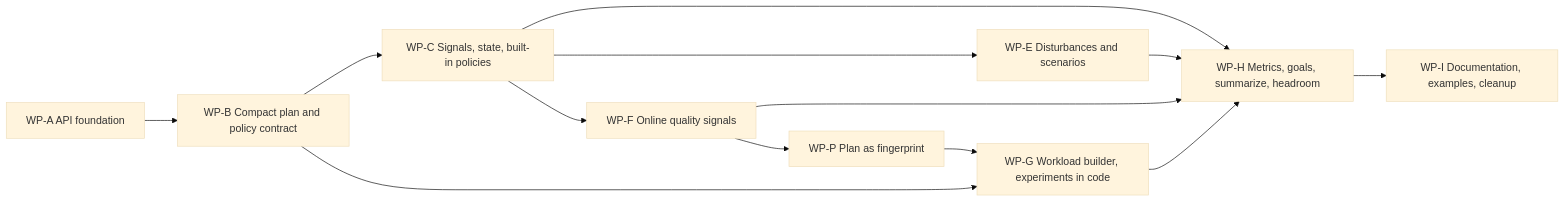
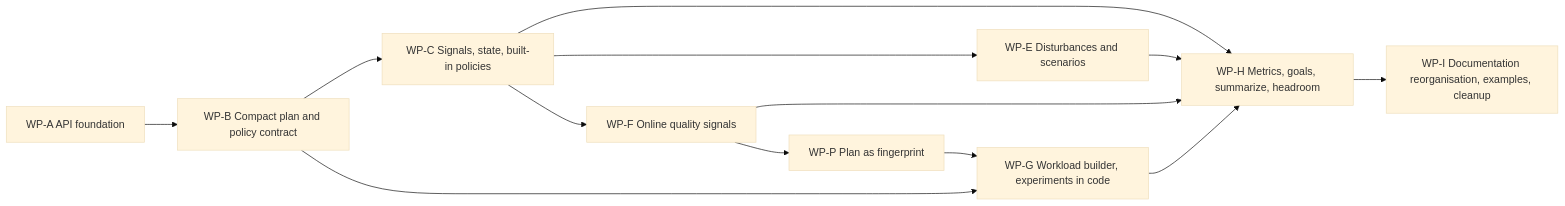
The sixth of 6 diagrams in docs/development/adaptive/framework-api-design.md (michelav/llmcontextbench), drawn with Mermaid (base theme) before and after one commit. The commit also changed other lines of this file, not shown here.

First line of the commit message:
docs(adaptive): plan WP-I documentation reorganisation

````diff
--- a/docs/development/adaptive/framework-api-design.md
+++ b/docs/development/adaptive/framework-api-design.md
@@ -1551,15 +1552,15 @@
 ```mermaid
 flowchart LR
     A[WP-A API foundation] --> B[WP-B Compact plan and policy contract]
     B --> C[WP-C Signals, state, built-in policies]
     C --> E[WP-E Disturbances and scenarios]
     C --> F[WP-F Online quality signals]
     F --> P[WP-P Plan as fingerprint]
     P --> G
     B --> G[WP-G Workload builder, experiments in code]
     C --> H[WP-H Metrics, goals, summarize, headroom]
     E --> H
     F --> H
     G --> H
-    H --> I[WP-I Documentation, examples, cleanup]
+    H --> I[WP-I Documentation reorganisation, examples, cleanup]
 ```
````
